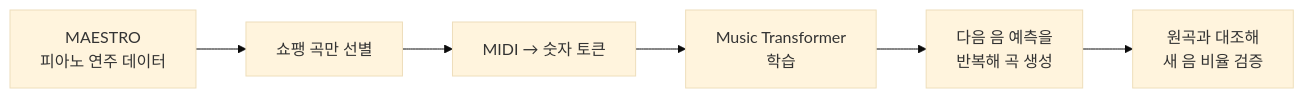
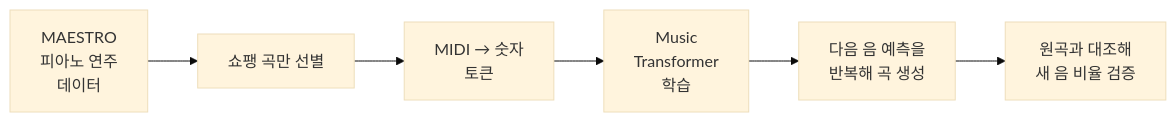
One commit to mjk022/portfolio changed the diagram in MusicTransformer/README.md. Above: the diagram before and after it, drawn with Mermaid (base theme). The commit also changed 5 other files, not shown here.

Commit message:
README 다이어그램 라벨을 8자 이내 줄로 나눠 글자 단위 줄바꿈 방지

````diff
--- a/MusicTransformer/README.md
+++ b/MusicTransformer/README.md
@@ -70,8 +70,8 @@
 ```mermaid
 flowchart LR
-    A[MAESTRO<br/>피아노 연주 데이터] --> B[쇼팽 곡만 선별]
-    B --> C[MIDI → 숫자 토큰]
-    C --> D[Music Transformer<br/>학습]
+    A[MAESTRO<br/>피아노 연주<br/>데이터] --> B[쇼팽 곡만 선별]
+    B --> C[MIDI → 숫자<br/>토큰]
+    C --> D[Music<br/>Transformer<br/>학습]
     D --> G[다음 음 예측을<br/>반복해 곡 생성]
     G --> H[원곡과 대조해<br/>새 음 비율 검증]
 ```
````
